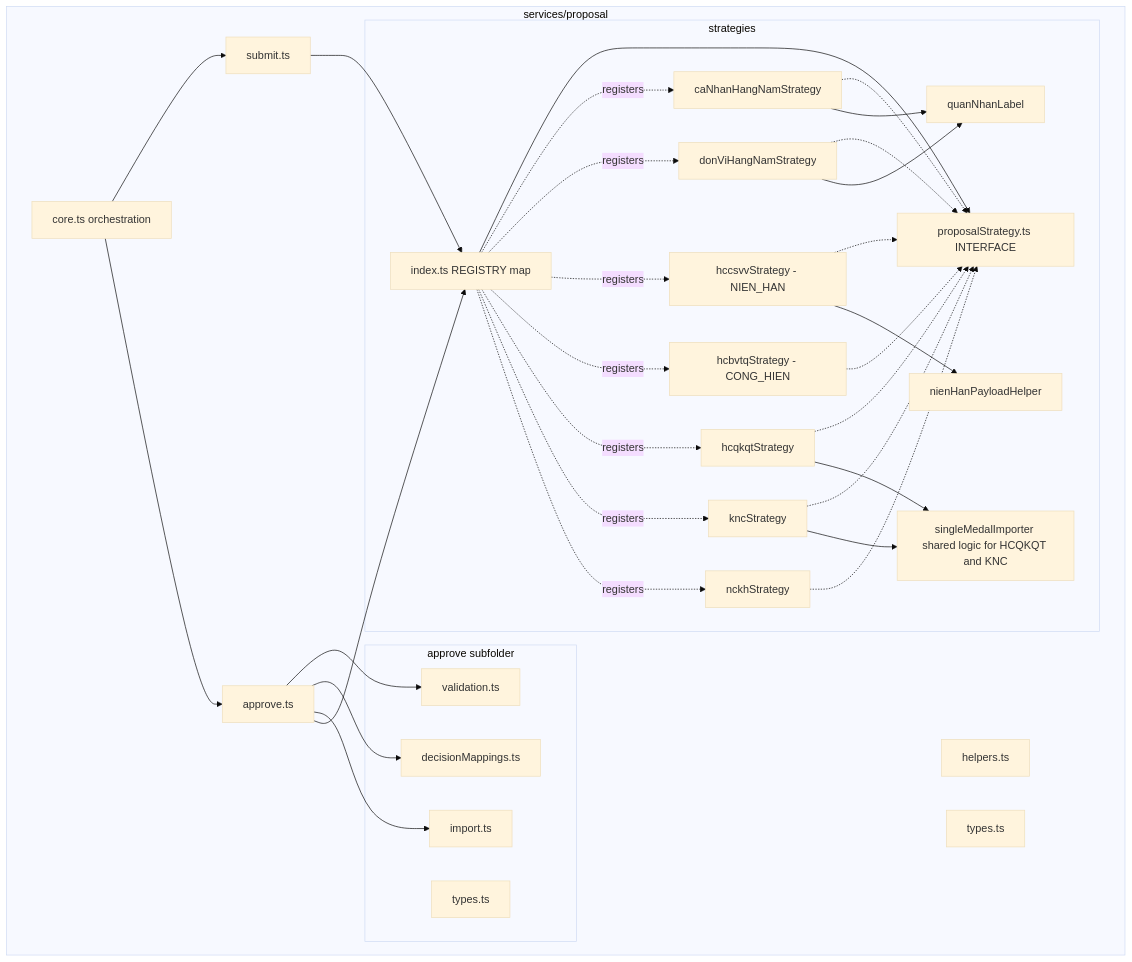
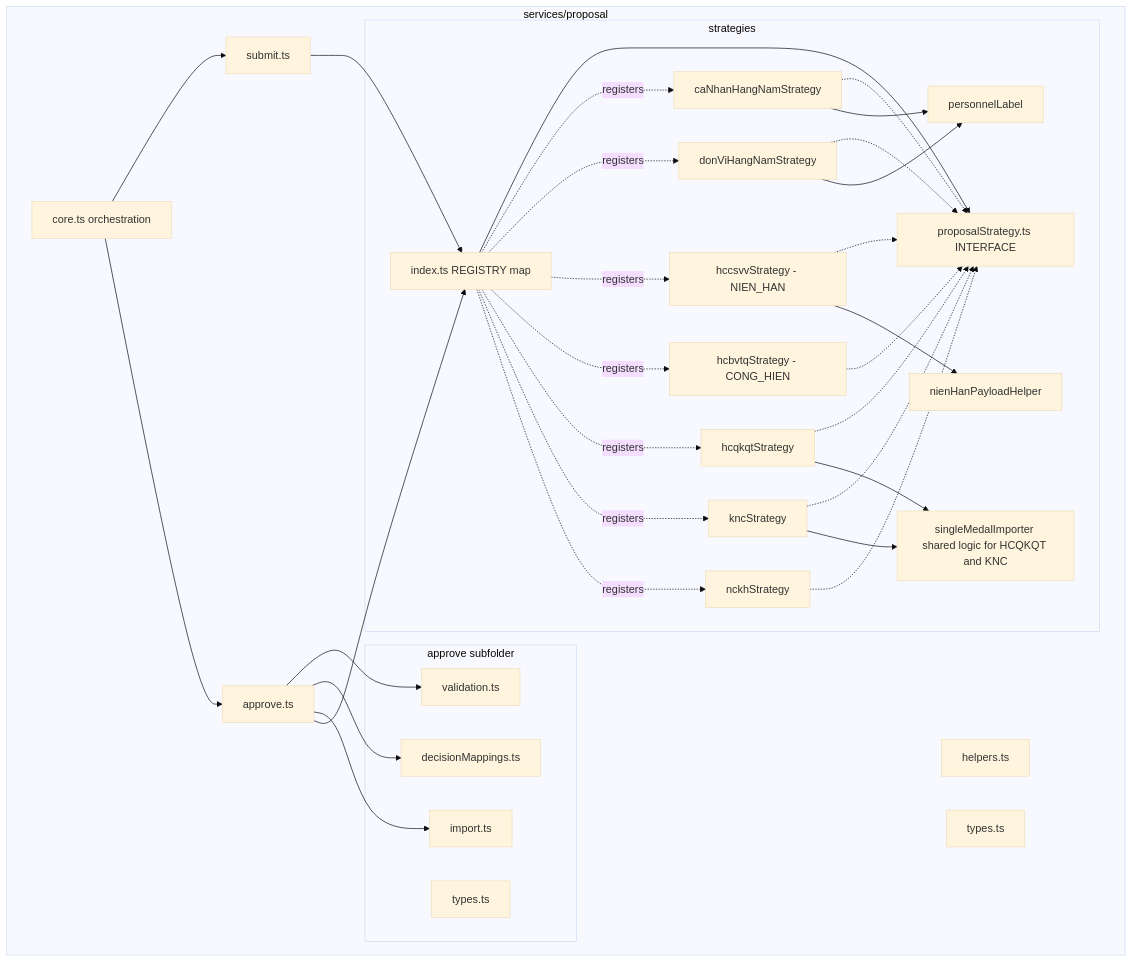
The third of 4 diagrams in docs/diagrams/03b-architecture.md (tranducbk/DATN_PM_QLKT), drawn with Mermaid (base theme) before and after one commit. The commit also changed 283 other files, not shown here.

````diff
--- a/docs/diagrams/03b-architecture.md
+++ b/docs/diagrams/03b-architecture.md
@@ -112,60 +112,60 @@
 ```mermaid
 flowchart TB
     subgraph PROP[services/proposal]
         Core[core.ts orchestration]
         Submit[submit.ts]
         Approve[approve.ts]
         Helpers[helpers.ts]
         Types[types.ts]
 
         subgraph APV[approve subfolder]
             APV1[validation.ts]
             APV2[decisionMappings.ts]
             APV3[import.ts]
             APV4[types.ts]
         end
 
         subgraph STG[strategies]
             ISTG[proposalStrategy.ts INTERFACE]
             REG[index.ts REGISTRY map]
             S1[caNhanHangNamStrategy]
             S2[donViHangNamStrategy]
             S3[hccsvvStrategy - NIEN_HAN]
             S4[hcbvtqStrategy - CONG_HIEN]
             S5[hcqkqtStrategy]
             S6[kncStrategy]
             S7[nckhStrategy]
             HELP[singleMedalImporter shared logic for HCQKQT and KNC]
             HELP2[nienHanPayloadHelper]
-            HELP3[quanNhanLabel]
+            HELP3[personnelLabel]
         end
     end
 
     Core --> Submit
     Core --> Approve
     Approve --> APV1
     Approve --> APV2
     Approve --> APV3
     Submit --> REG
     Approve --> REG
     REG --> ISTG
     REG -. registers .-> S1
     REG -. registers .-> S2
     REG -. registers .-> S3
     REG -. registers .-> S4
     REG -. registers .-> S5
     REG -. registers .-> S6
     REG -. registers .-> S7
     S1 -.-> ISTG
     S2 -.-> ISTG
     S3 -.-> ISTG
     S4 -.-> ISTG
     S5 -.-> ISTG
     S6 -.-> ISTG
     S7 -.-> ISTG
     S5 --> HELP
     S6 --> HELP
     S3 --> HELP2
     S1 --> HELP3
     S2 --> HELP3
 ```
````
